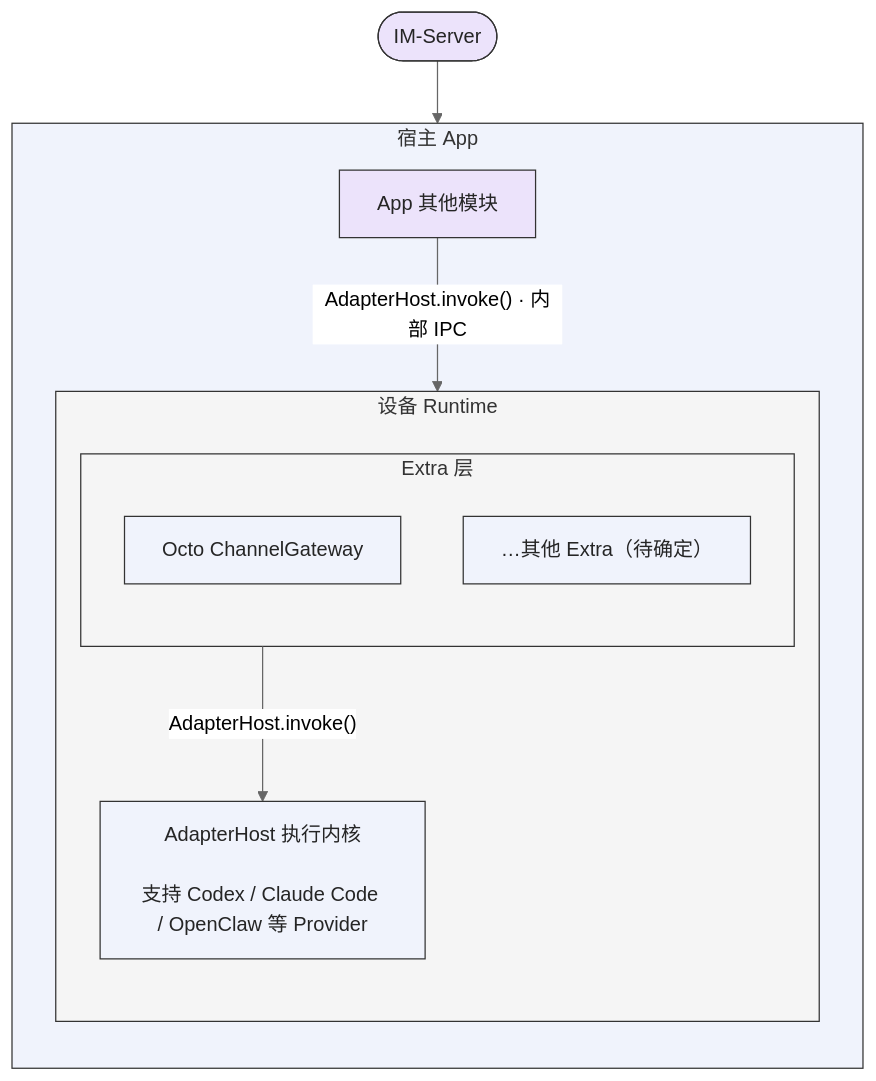
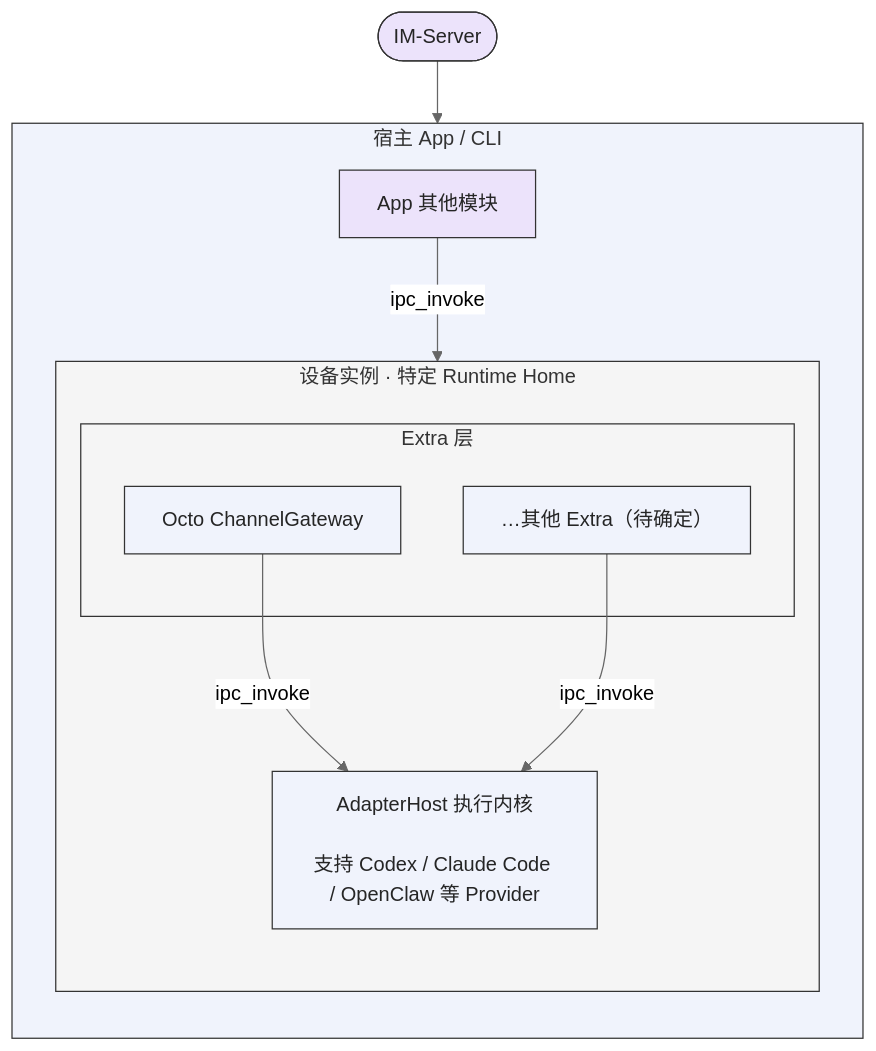
The diagram in .octospec/rules/architecture.md (LarsonLian/octo-runtime), drawn with Mermaid (neutral theme) before and after one commit. The commit also changed other lines of this file and 12 other files, not shown here.

Commit message:
docs(architecture): 固化内核插件工具与宿主职责边界

````diff
--- a/.octospec/rules/architecture.md
+++ b/.octospec/rules/architecture.md
@@ -72,33 +162,34 @@
 ```mermaid
 flowchart TB
     IMServer(["IM-Server"])
 
-    subgraph HostApp["宿主 App"]
+    subgraph HostApp["宿主 App / CLI"]
         direction TB
         AppModules["App 其他模块"]
 
-        subgraph Device["设备 Runtime"]
+        subgraph Device["设备实例 · 特定 Runtime Home"]
             direction TB
 
             subgraph Extras["Extra 层"]
                 Gateway["Octo ChannelGateway"]
                 Other["…其他 Extra（待确定）"]
             end
 
             Kernel["AdapterHost 执行内核<br/><br/>支持 Codex / Claude Code / OpenClaw 等 Provider"]
-            Extras -->|"AdapterHost.invoke()"| Kernel
+            Gateway -->|"ipc_invoke"| Kernel
+            Other -->|"ipc_invoke"| Kernel
         end
 
-        AppModules -->|"AdapterHost.invoke() · 内部 IPC"| Kernel
+        AppModules -->|"ipc_invoke"| Kernel
     end
 
     IMServer --> Gateway
 
     classDef external fill:#ece3fb,stroke:#333,color:#252525;
     classDef module fill:#f0f3fc,stroke:#333,color:#252525;
     class IMServer,AppModules external;
     class Gateway,Other,Kernel module;
     style HostApp fill:#f0f3fc,stroke:#333
     style Device fill:#f5f5f5,stroke:#333
     style Extras fill:#f5f5f5,stroke:#333
 ```
````
